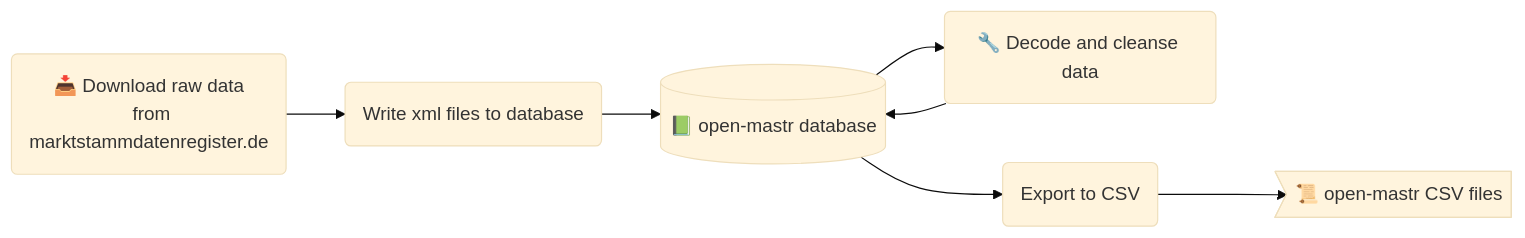
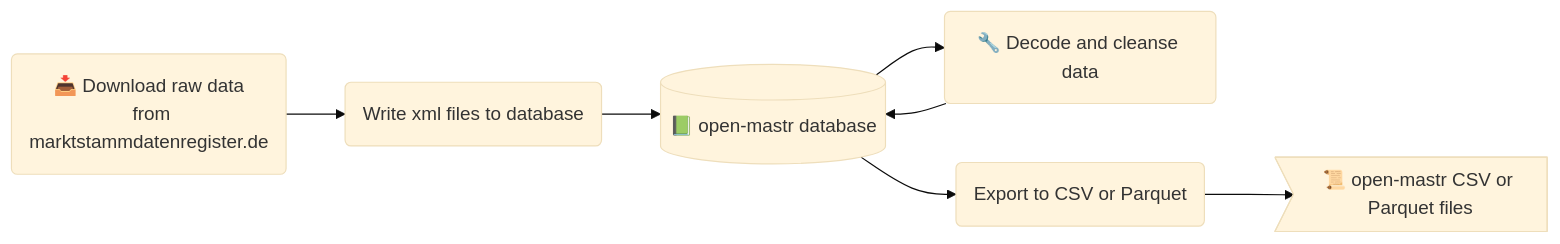
The diagram in docs/advanced.md (OpenEnergyPlatform/open-MaStR), drawn with Mermaid (base theme) before and after one commit. The commit also changed other lines of this file and 2 other files, not shown here.

Commit message:
Document Mastr.to_parquet #787

````diff
--- a/docs/advanced.md
+++ b/docs/advanced.md
@@ -182,15 +183,15 @@
 ``` mermaid
 flowchart LR
   id1("📥 Download raw data
   from marktstammdatenregister.de") --> id2(Write xml files to database)
   id2 --> id3[("📗 open-mastr database")]
   id3 --> id4("🔧 Decode and cleanse data")
   id4 --> id3
-  id3 --> id5("Export to CSV")
-  id5 --> id6>"📜 open-mastr CSV files"]
+  id3 --> id5("Export to CSV or Parquet")
+  id5 --> id6>"📜 open-mastr CSV or Parquet files"]
   click id1 "https://www.marktstammdatenregister.de/MaStR/Datendownload" _blank
   click id2 "https://github.com/OpenEnergyPlatform/open-MaStR/blob/develop/open_mastr/xml_download/utils_write_to_database.py" _blank
   click id4 "https://github.com/OpenEnergyPlatform/open-MaStR/blob/develop/open_mastr/xml_download/utils_cleansing_bulk.py" _blank
   click id5 "https://github.com/OpenEnergyPlatform/open-MaStR/blob/develop/open_mastr/mastr.py" _blank
   click id6 "https://doi.org/10.5281/zenodo.6807425" _blank
 ```
````
